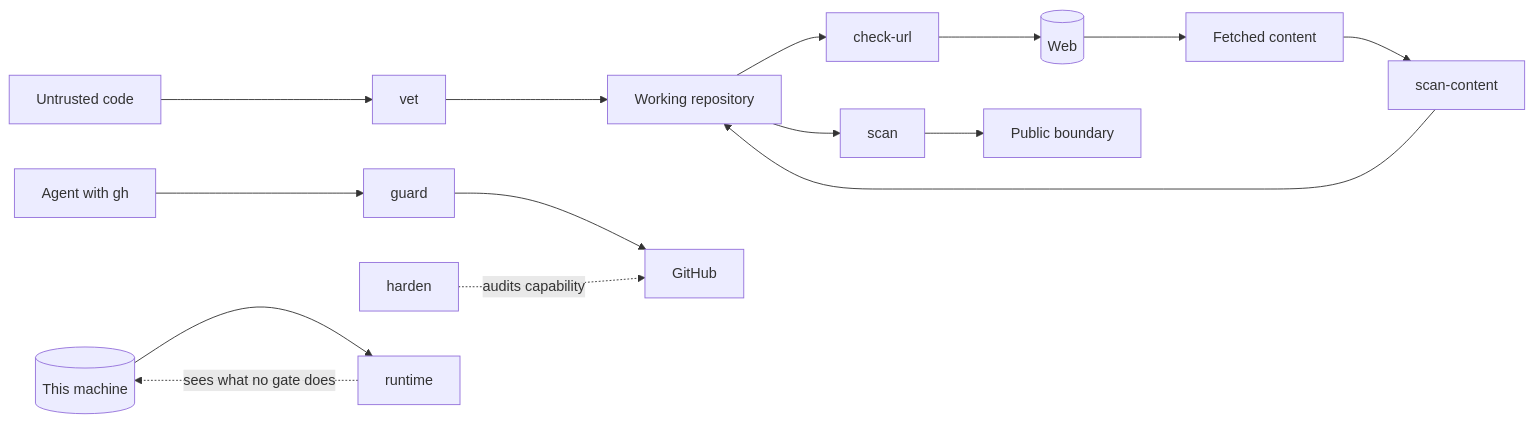
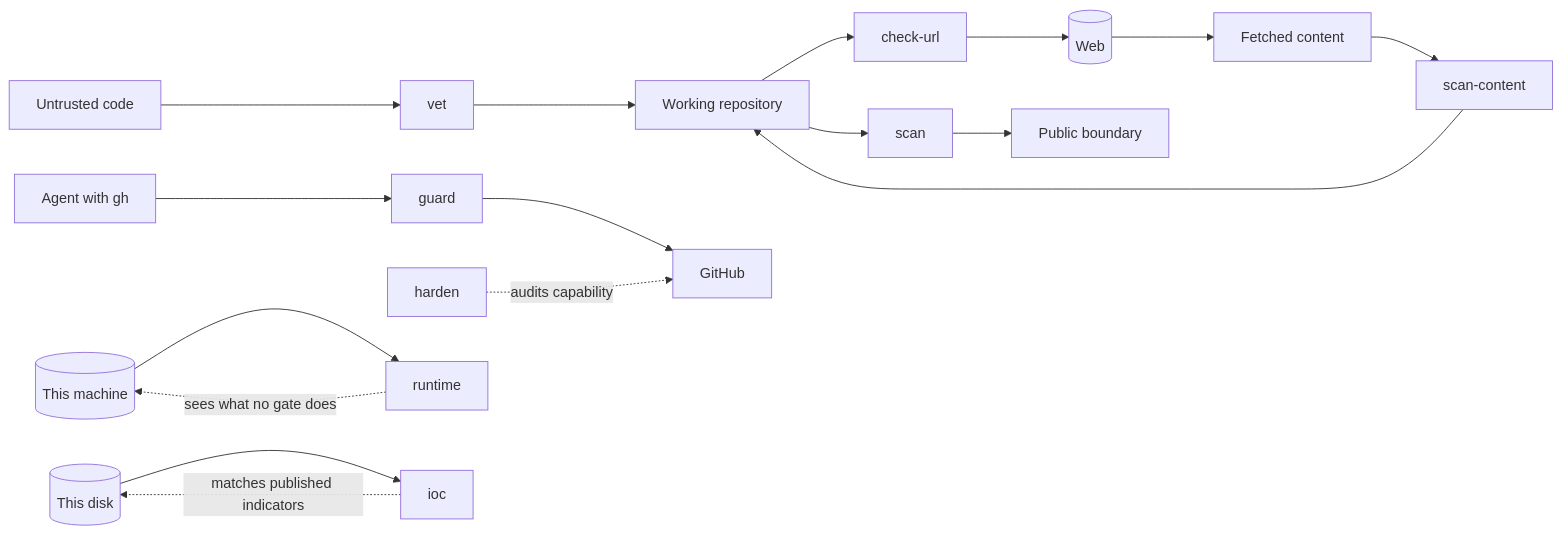
The diagram in README.md (0xNyk/agent-security), drawn with Mermaid before and after one commit. The commit also changed other lines of this file and 12 other files, not shown here.

First line of the commit message:
ioc: on-disk indicator sweep for 2026 developer-targeted supply-chain campaigns

````diff
--- a/README.md
+++ b/README.md
@@ -55,17 +59,19 @@
 ```mermaid
 flowchart LR
     inbound[Untrusted code] --> vet[vet]
     vet --> workspace[Working repository]
     workspace --> egress[check-url]
     egress --> web[(Web)]
     web --> content[Fetched content]
     content --> tripwire[scan-content]
     tripwire --> workspace
     workspace --> scan[scan]
     scan --> outbound[Public boundary]
     agent[Agent with gh] --> guard[guard]
     guard --> github[GitHub]
     harden[harden] -. audits capability .-> github
     host[(This machine)] --> runtime[runtime]
     runtime -. sees what no gate does .-> host
+    disk[(This disk)] --> ioc[ioc]
+    ioc -. matches published indicators .-> disk
 ```
````
